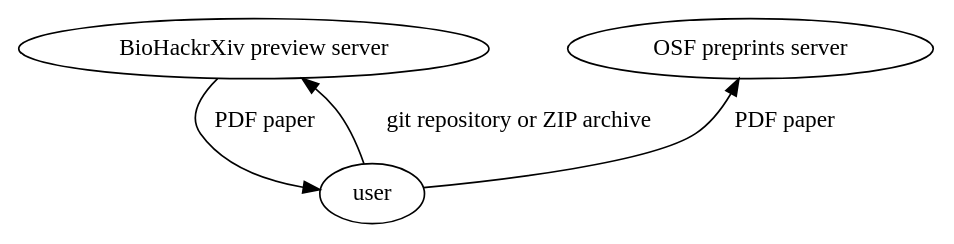
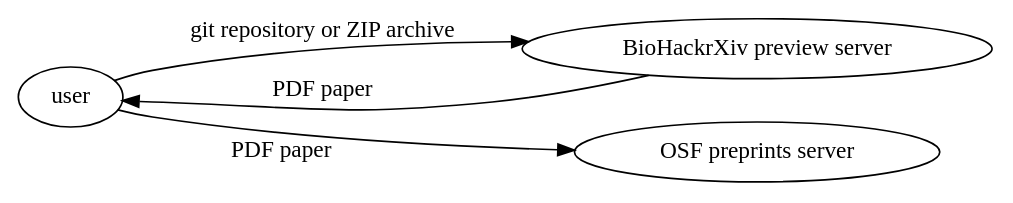
The diagram in doc/elixir_biohackathon2023/current.dot (biohackrxiv/bhxiv-metadata), drawn with Graphviz before and after one commit. The commit also changed 3 other files, not shown here.

Commit message:
Lay out BH23EU graphs from left to right.

```diff
--- a/doc/elixir_biohackathon2023/current.dot
+++ b/doc/elixir_biohackathon2023/current.dot
@@ -1,7 +1,9 @@
 digraph {
+        rankdir="LR"
 	biohackrxiv [label="BioHackrXiv preview server"]
-	{rank=min; osf [label="OSF preprints server"]}
+        {rank=min; user}
+	osf [label="OSF preprints server"]
 	user -> biohackrxiv [label="git repository or ZIP archive"]
 	biohackrxiv -> user [label="PDF paper"]
-	user -> osf [label="PDF paper"]
+	user -> osf [xlabel="PDF paper"]
 }
```
